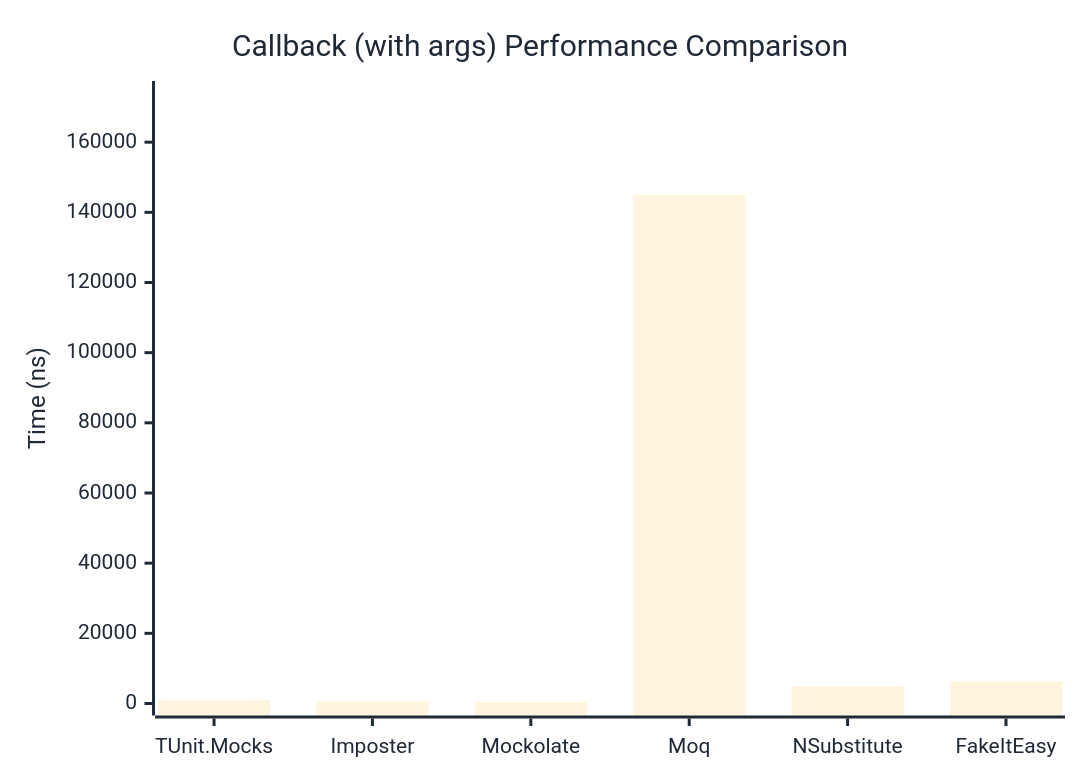
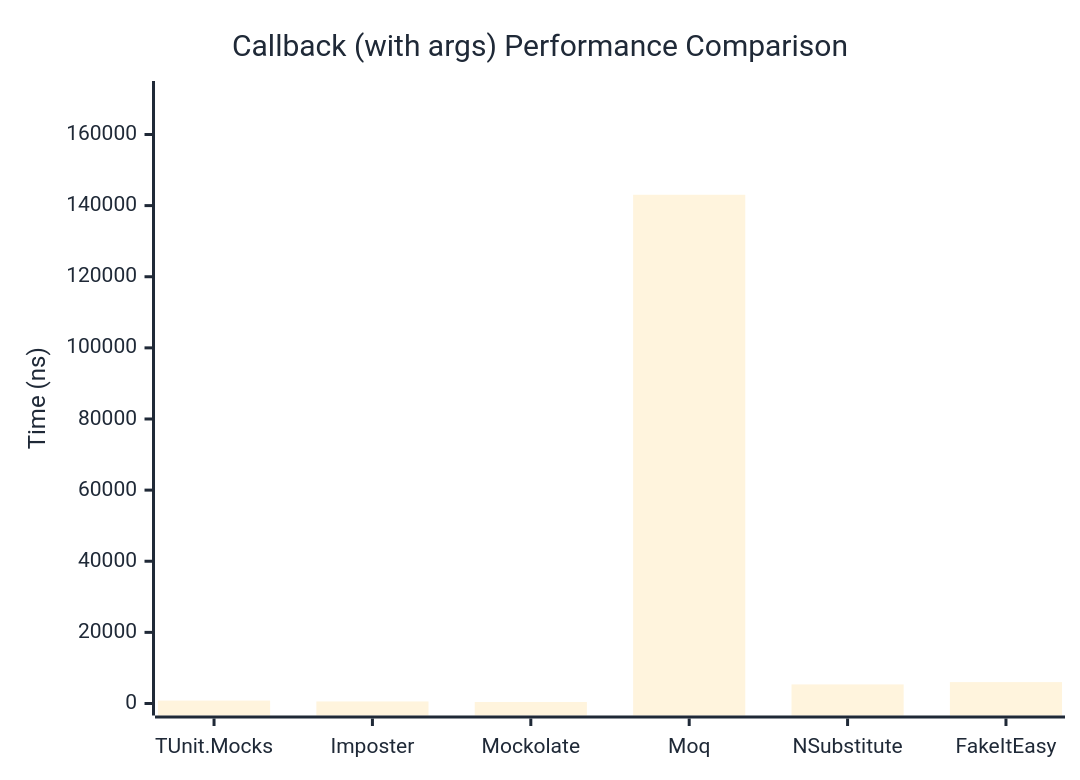
Before and after one commit to thomhurst/TUnit: the second of 2 diagrams in docs/docs/benchmarks/mocks/Callback.md, drawn with Mermaid. The commit also changed other lines of this file and 14 other files, not shown here.

````diff
--- a/docs/docs/benchmarks/mocks/Callback.md
+++ b/docs/docs/benchmarks/mocks/Callback.md
@@ -71,27 +71,27 @@
 ```mermaid
 %%{init: {
   'theme':'base',
   'themeVariables': {
     'primaryColor': '#2563eb',
     'primaryTextColor': '#1f2937',
     'primaryBorderColor': '#1e40af',
     'lineColor': '#6b7280',
     'secondaryColor': '#7c3aed',
     'tertiaryColor': '#dc2626',
     'background': '#ffffff',
     'pie1': '#2563eb',
     'pie2': '#7c3aed',
     'pie3': '#dc2626',
     'pie4': '#f59e0b',
     'pie5': '#10b981',
     'pie6': '#06b6d4',
     'pie7': '#ec4899',
     'pie8': '#6366f1'
   }
 }}%%
 xychart-beta
   title "Callback (with args) Performance Comparison"
   x-axis ["TUnit.Mocks", "Imposter", "Mockolate", "Moq", "NSubstitute", "FakeItEasy"]
-  y-axis "Time (ns)" 0 --> 174016
-  bar [945.9, 567.6, 455.8, 145013, 4942.4, 6264.6]
+  y-axis "Time (ns)" 0 --> 171663
+  bar [821.1, 579.9, 412.9, 143051.9, 5367, 6014.8]
 ```
````
